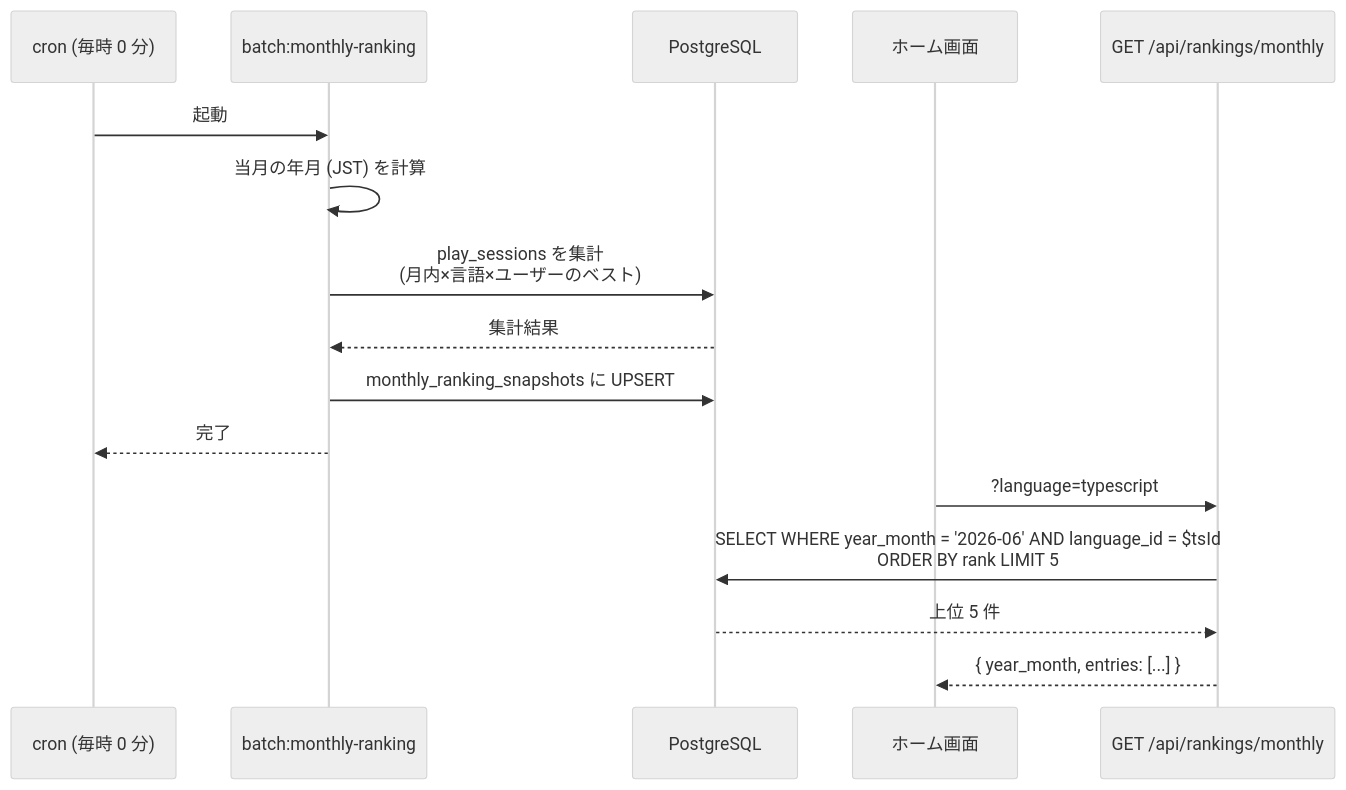
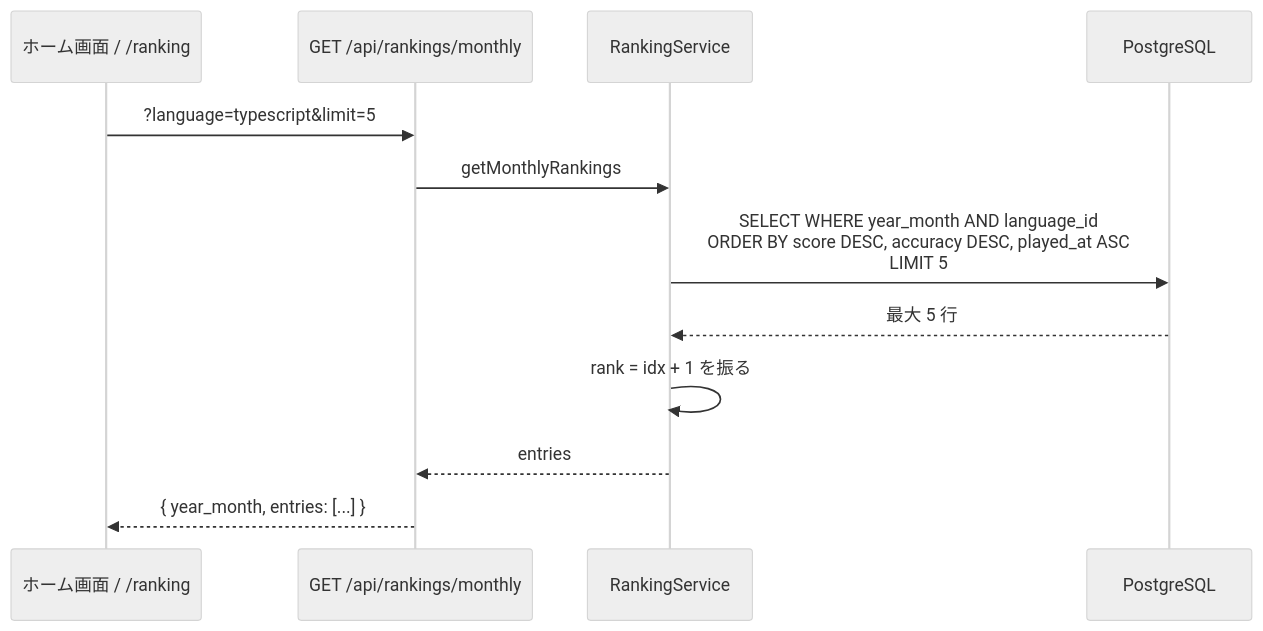
One commit to kentakki416/typing-royale changed the third of 3 diagrams in docs/spec/monthly-ranking/README.md. Above: the diagram before and after it, drawn with Mermaid (neutral theme). The commit also changed other lines of this file and 7 other files, not shown here.

````diff
--- a/docs/spec/monthly-ranking/README.md
+++ b/docs/spec/monthly-ranking/README.md
@@ -241,20 +255,15 @@
 ```mermaid
 sequenceDiagram
-    participant Cron as cron (毎時 0 分)
-    participant Worker as batch:monthly-ranking
+    participant Web as ホーム画面 / /ranking
+    participant API as GET /api/rankings/monthly
+    participant SVC as RankingService
     participant DB as PostgreSQL
-    participant Web as ホーム画面
-    participant API as GET /api/rankings/monthly
 
-    Cron->>Worker: 起動
-    Worker->>Worker: 当月の年月 (JST) を計算
-    Worker->>DB: play_sessions を集計<br/>(月内×言語×ユーザーのベスト)
-    DB-->>Worker: 集計結果
-    Worker->>DB: monthly_ranking_snapshots に UPSERT
-    Worker-->>Cron: 完了
-
-    Web->>API: ?language=typescript
-    API->>DB: SELECT WHERE year_month = '2026-06' AND language_id = $tsId<br/>ORDER BY rank LIMIT 5
-    DB-->>API: 上位 5 件
+    Web->>API: ?language=typescript&limit=5
+    API->>SVC: getMonthlyRankings
+    SVC->>DB: SELECT WHERE year_month AND language_id<br/>ORDER BY score DESC, accuracy DESC, played_at ASC<br/>LIMIT 5
+    DB-->>SVC: 最大 5 行
+    SVC->>SVC: rank = idx + 1 を振る
+    SVC-->>API: entries
     API-->>Web: { year_month, entries: [...] }
 ```
````
